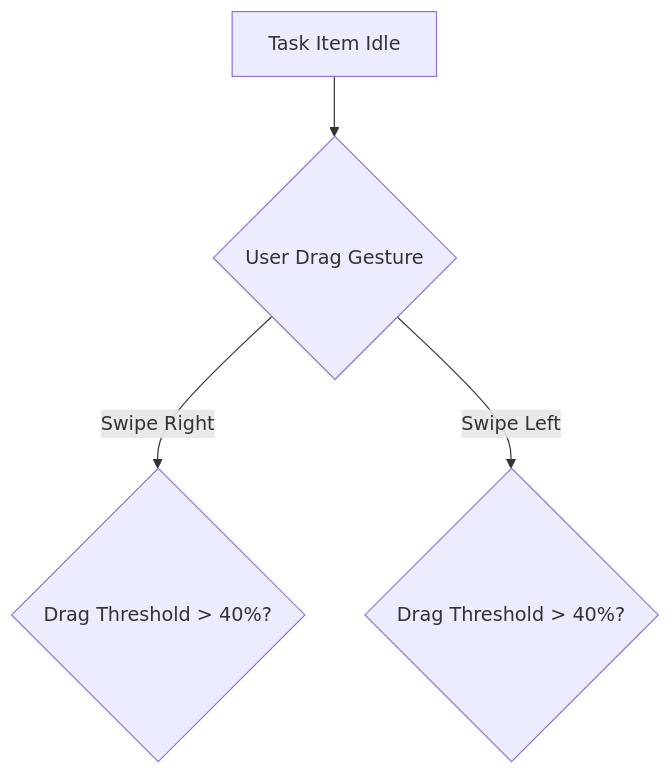
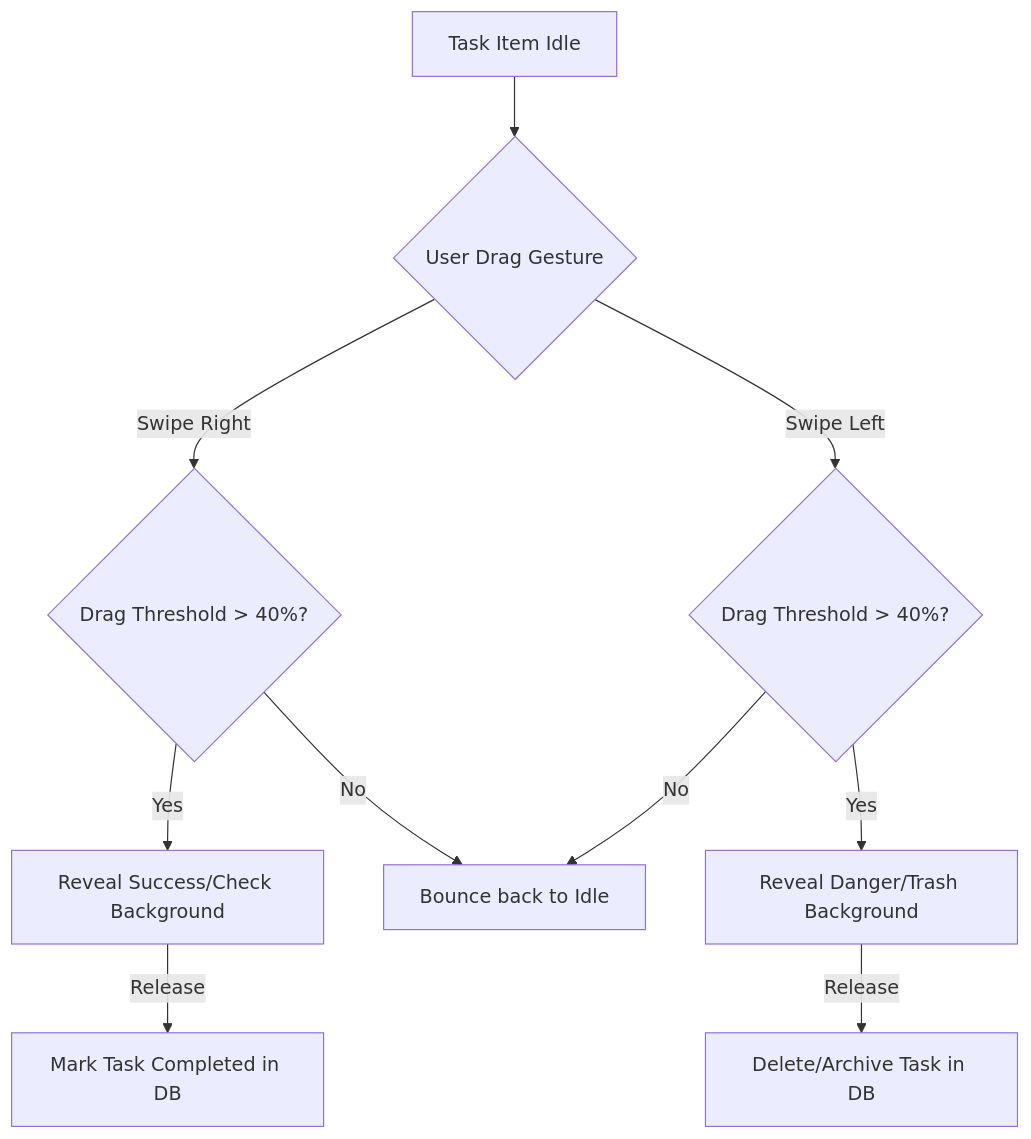
The third of 3 diagrams in 12. Minimalist To-Do/03.FUNCTIONAL-FLOWS.md (Savior-Systems/Savior-Systems-Android-Projects), drawn with Mermaid before and after one commit. The commit also changed other lines of this file and 311 other files, not shown here.

````diff
--- a/12. Minimalist To-Do/03.FUNCTIONAL-FLOWS.md
+++ b/12. Minimalist To-Do/03.FUNCTIONAL-FLOWS.md
@@ -45,6 +45,15 @@
 ```mermaid
 graph TD
     A[Task Item Idle] --> B{User Drag Gesture}
     B -- Swipe Right --> C{Drag Threshold > 40%?}
     B -- Swipe Left --> D{Drag Threshold > 40%?}
+    
+    C -- Yes --> E[Reveal Success/Check Background]
+    C -- No --> F[Bounce back to Idle]
+    
+    D -- Yes --> G[Reveal Danger/Trash Background]
+    D -- No --> F
+    
+    E -- Release --> H[Mark Task Completed in DB]
+    G -- Release --> I[Delete/Archive Task in DB]
 ```
````
